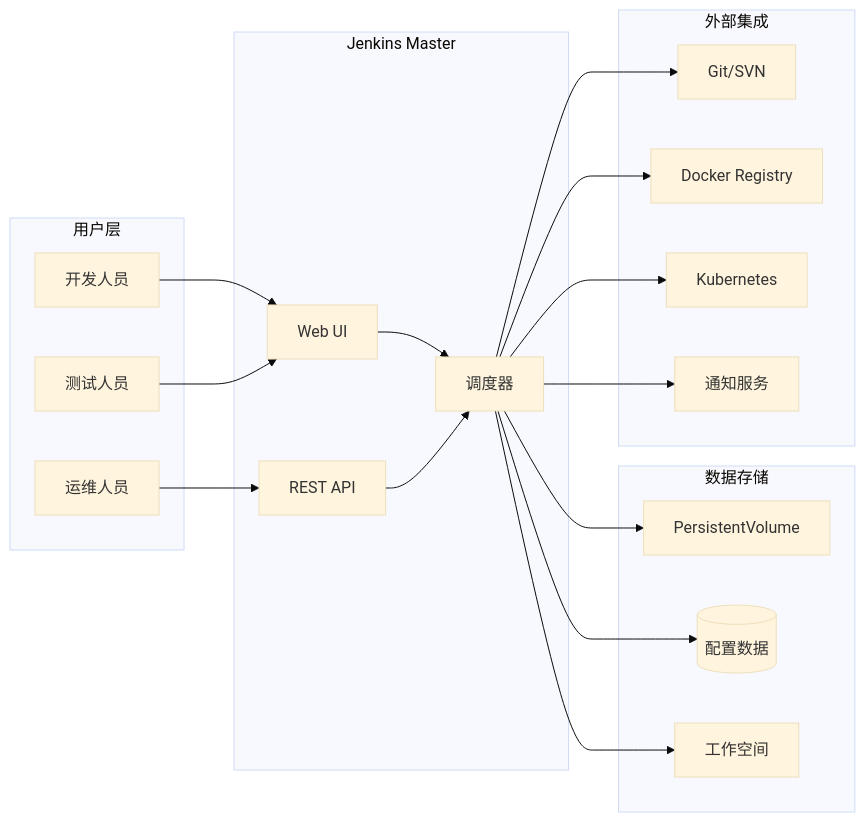
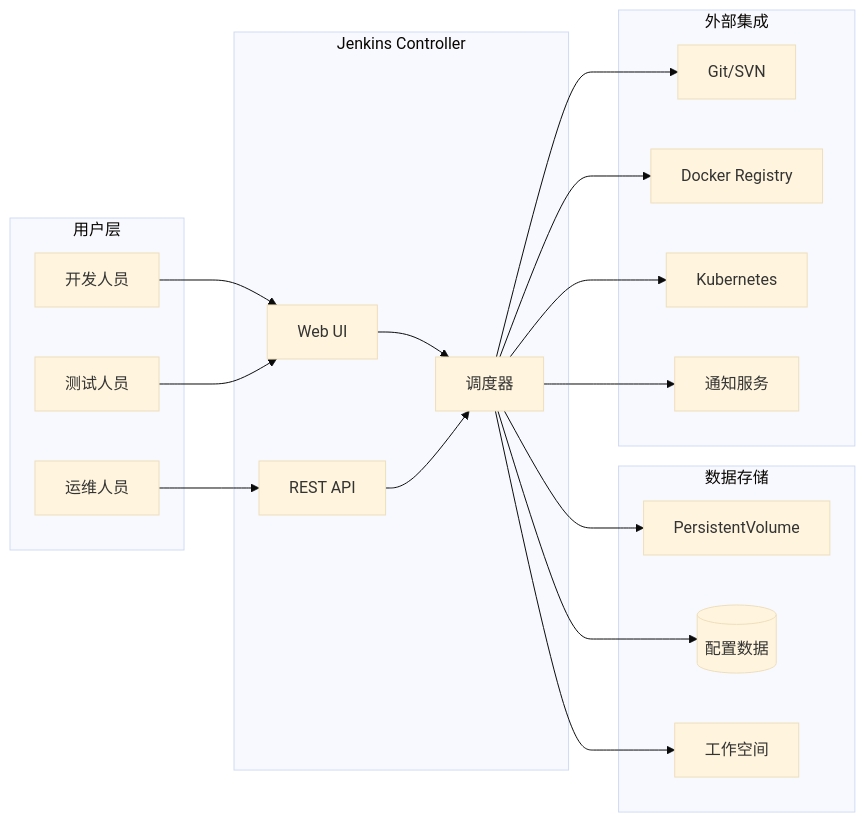
The fourth of 6 diagrams in topics/delivery/jenkins/guide.md (luozijian1990/ops-roadmap), drawn with Mermaid (base theme) before and after one commit. The commit also changed other lines of this file and 6 other files, not shown here.

````diff
--- a/topics/delivery/jenkins/guide.md
+++ b/topics/delivery/jenkins/guide.md
@@ -1056,43 +1324,43 @@
 ```mermaid
 graph LR
     subgraph "用户层"
         U1[开发人员]
         U2[运维人员]
         U3[测试人员]
     end
   
-    subgraph "Jenkins Master"
+    subgraph "Jenkins Controller"
         UI[Web UI]
         API[REST API]
         SCH[调度器]
     end
   
     subgraph "数据存储"
         PV[PersistentVolume]
         DB[(配置数据)]
         WS[工作空间]
     end
   
     subgraph "外部集成"
         GIT[Git/SVN]
         REG[Docker Registry]
         K8S[Kubernetes]
         NOTIFY[通知服务]
     end
   
     U1 --> UI
     U2 --> API
     U3 --> UI
   
     UI --> SCH
     API --> SCH
   
     SCH --> PV
     SCH --> DB
     SCH --> WS
   
     SCH --> GIT
     SCH --> REG
     SCH --> K8S
     SCH --> NOTIFY
 ```
````
